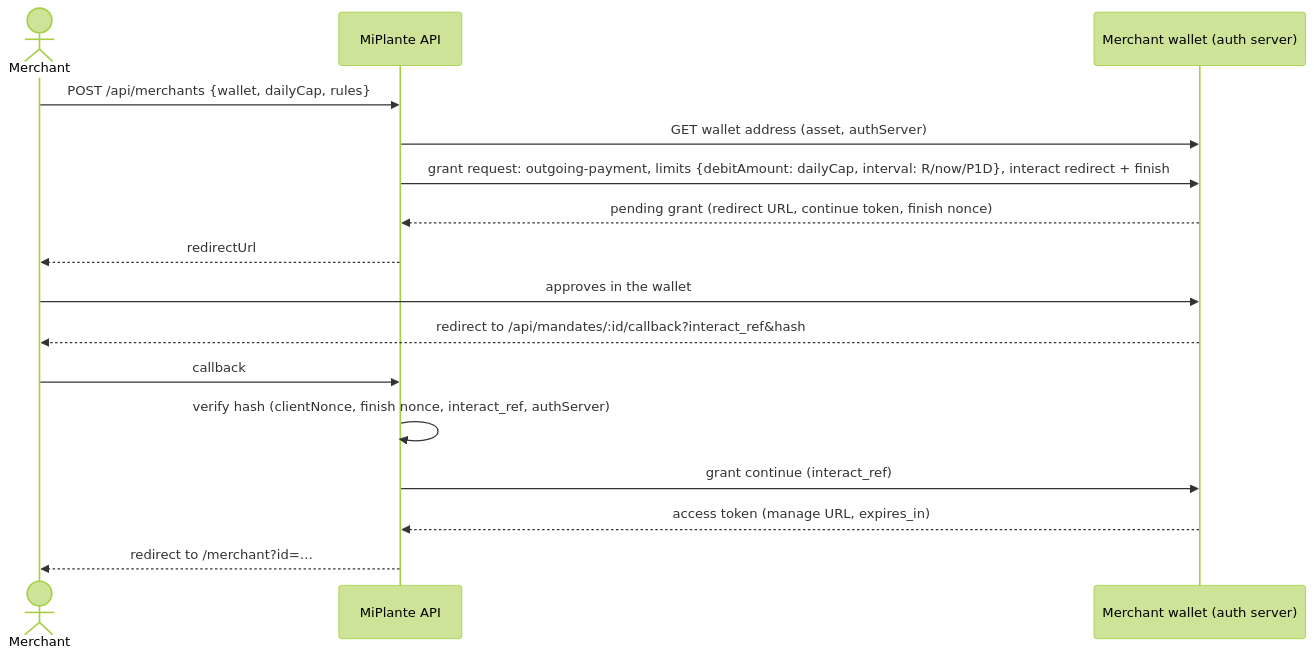
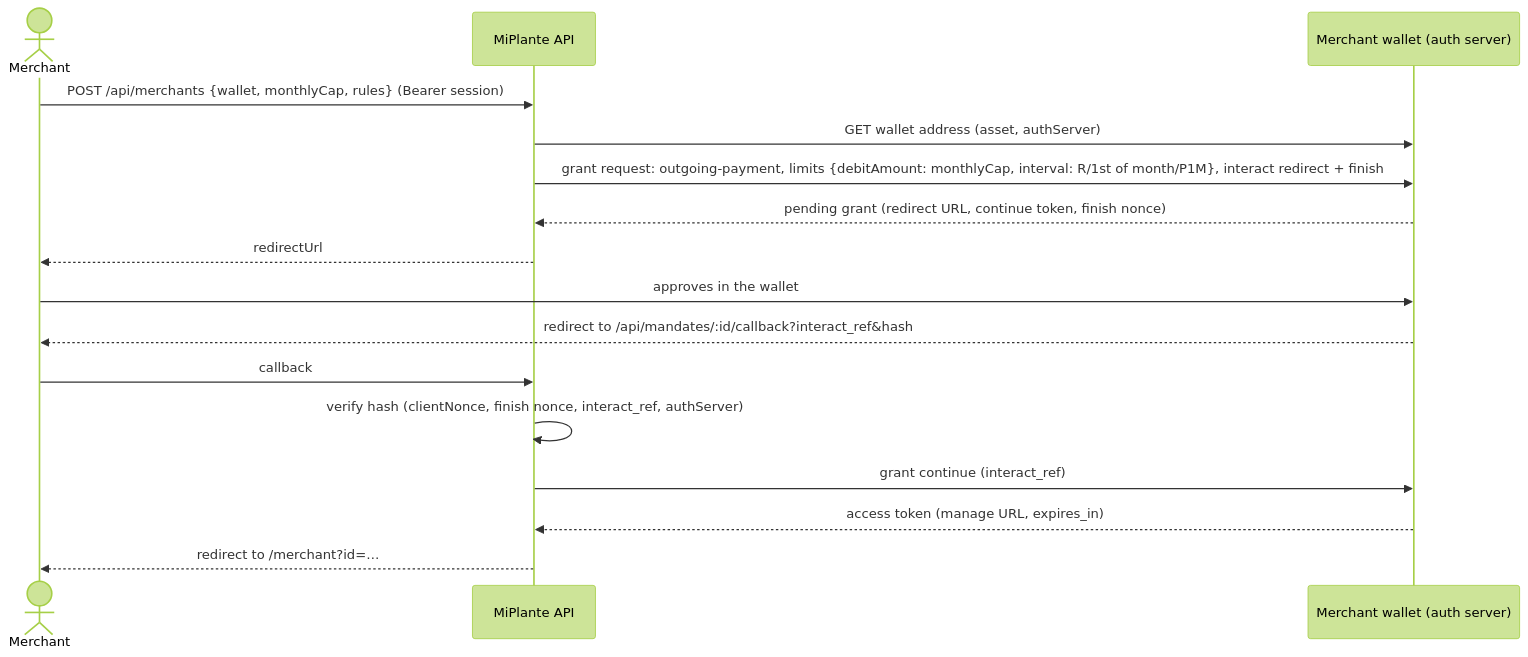
Before and after one commit to JuanMCanchala/interledger_hackathon: the fourth of 6 diagrams in docs/SYSTEM_DESIGN.md, drawn with Mermaid (forest theme). The commit also changed other lines of this file and 5 other files, not shown here.

````diff
--- a/docs/SYSTEM_DESIGN.md
+++ b/docs/SYSTEM_DESIGN.md
@@ -164,18 +164,18 @@
 ```mermaid
 sequenceDiagram
   actor M as Merchant
   participant A as MiPlante API
   participant W as Merchant wallet (auth server)
-  M->>A: POST /api/merchants {wallet, dailyCap, rules}
+  M->>A: POST /api/merchants {wallet, monthlyCap, rules} (Bearer session)
   A->>W: GET wallet address (asset, authServer)
-  A->>W: grant request: outgoing-payment, limits {debitAmount: dailyCap, interval: R/now/P1D}, interact redirect + finish
+  A->>W: grant request: outgoing-payment, limits {debitAmount: monthlyCap, interval: R/1st of month/P1M}, interact redirect + finish
   W-->>A: pending grant (redirect URL, continue token, finish nonce)
   A-->>M: redirectUrl
   M->>W: approves in the wallet
   W-->>M: redirect to /api/mandates/:id/callback?interact_ref&hash
   M->>A: callback
   A->>A: verify hash (clientNonce, finish nonce, interact_ref, authServer)
   A->>W: grant continue (interact_ref)
   W-->>A: access token (manage URL, expires_in)
   A-->>M: redirect to /merchant?id=…
 ```
````
